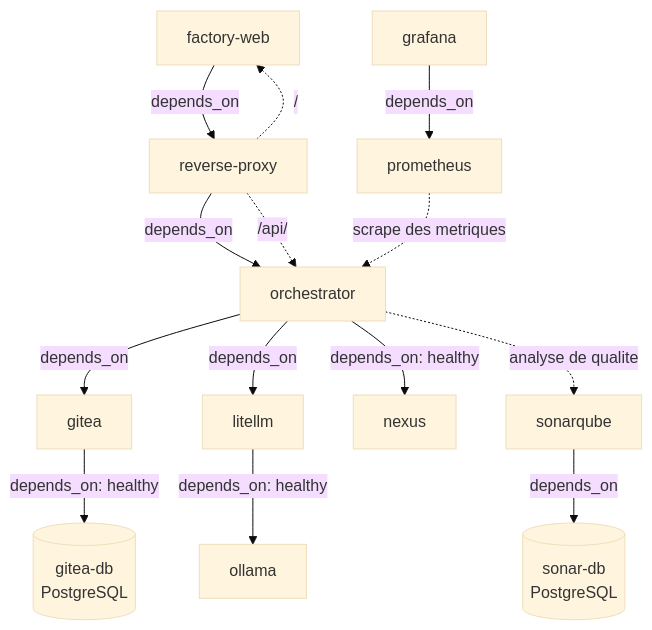
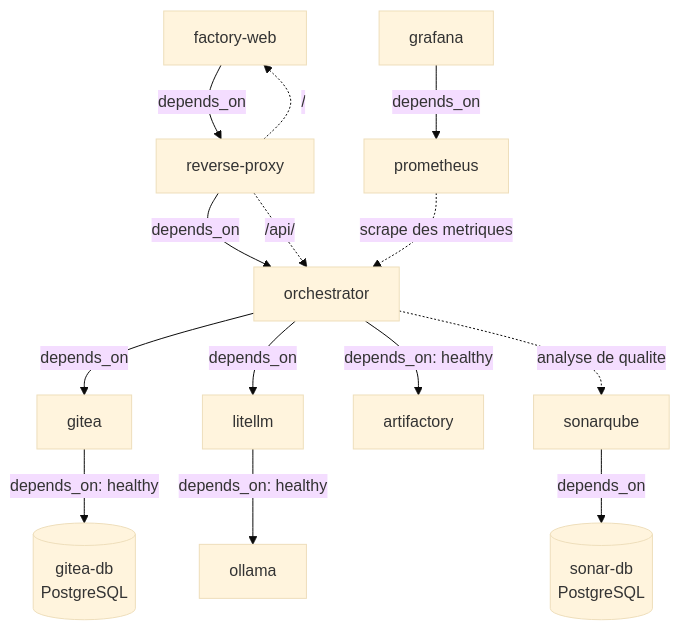
One commit to dbeaumont/ai-software-factory-local changed the second of 3 diagrams in docs/architecture.md. Above: the diagram before and after it, drawn with Mermaid (base theme). The commit also changed other lines of this file and 27 other files, not shown here.

````diff
--- a/docs/architecture.md
+++ b/docs/architecture.md
@@ -58,19 +58,19 @@
 ```mermaid
 flowchart TB
   WEB[factory-web] -->|depends_on| PROXY[reverse-proxy]
   PROXY -->|depends_on| ORCH[orchestrator]
 
   ORCH -->|depends_on| GITEA[gitea]
   GITEA -->|depends_on: healthy| GITEA_DB[(gitea-db<br/>PostgreSQL)]
   ORCH -->|depends_on| LITELLM[litellm]
   LITELLM -->|depends_on: healthy| OLLAMA[ollama]
-  ORCH -->|depends_on: healthy| NEXUS[nexus]
+  ORCH -->|depends_on: healthy| ARTIFACTORY[artifactory]
 
   SONAR[sonarqube] -->|depends_on| SONAR_DB[(sonar-db<br/>PostgreSQL)]
   GRAFANA[grafana] -->|depends_on| PROM[prometheus]
 
   PROXY -.->|/api/| ORCH
   PROXY -.->|/| WEB
   ORCH -.->|analyse de qualite| SONAR
   PROM -.->|scrape des metriques| ORCH
 ```
````
